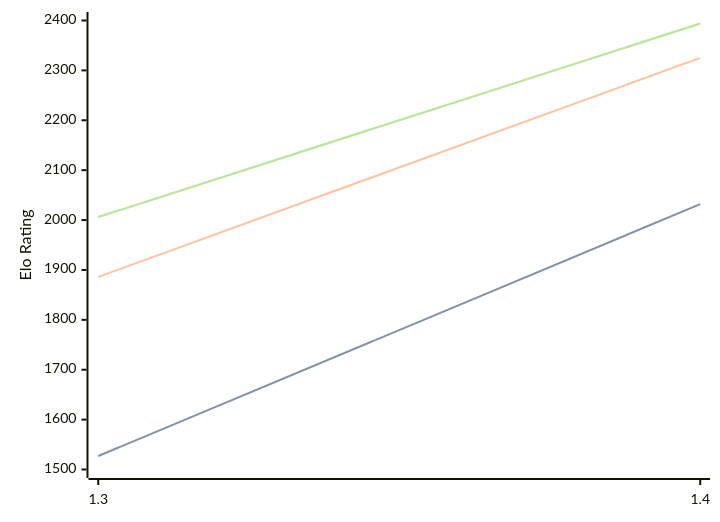
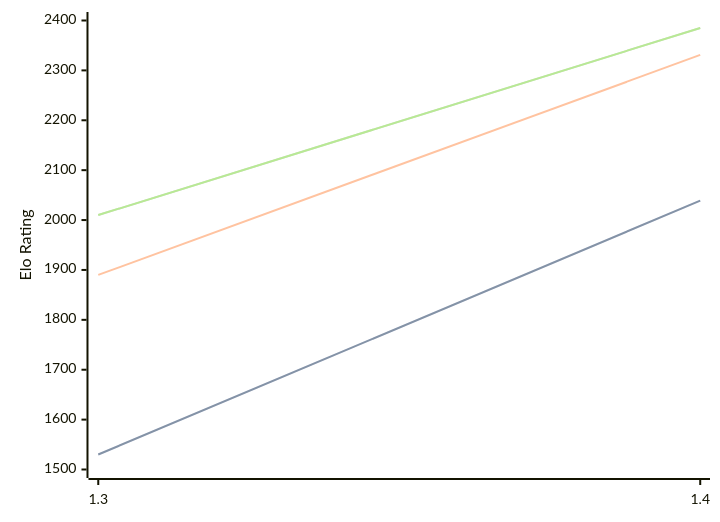
The diagram in engines/Facon.md (computer-chess-index/cci), drawn with Mermaid before and after one commit. The commit also changed other lines of this file, not shown here.

Commit message:
Update CCI Ratings (ELO VLTC) - 2026-05-02

````diff
--- a/engines/Facon.md
+++ b/engines/Facon.md
@@ -35,11 +35,11 @@
 ```mermaid
 %%{init: {"theme":"base","themeVariables":{"seriesColors:['#a3a3a3','#222221','#faa371']}}}%%
 xychart-beta
   x-axis ["1.3", "1.4"]
   y-axis "Elo Rating" 1500 --> 2400
-  line "STC (8.0+0.08s)" [1527, 2032]
-  line "STC (8.0+0.08s)" [1527, 2032]
-  line "LTC (60.0+0.60s)" [1886, 2325]
-  line "VLTC (2m24s+1.12s)" [2006, 2394]
-  line "VLTC (2m24s+1.12s)" [2006, 2394]
+  line "STC (8.0+0.08s)" [1530, 2039]
+  line "STC (8.0+0.08s)" [1530, 2039]
+  line "LTC (60.0+0.60s)" [1890, 2331]
+  line "VLTC (2m24s+1.12s)" [2010, 2385]
+  line "VLTC (2m24s+1.12s)" [2010, 2385]
 ```
````
